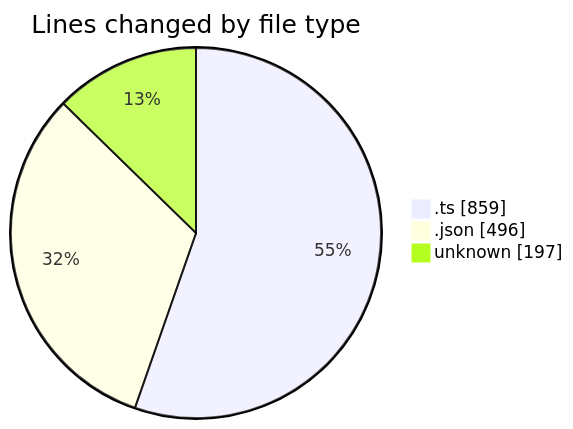
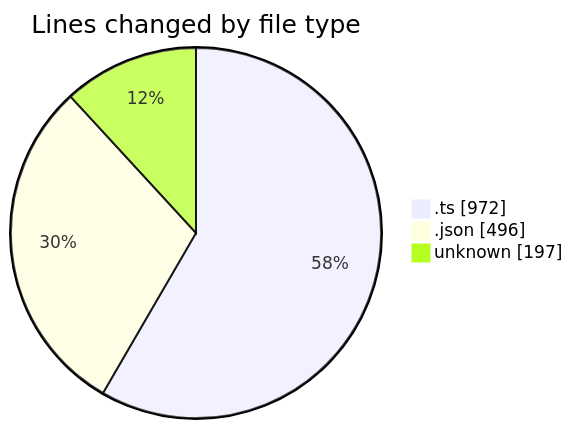
Before and after one commit to EIIisD/code-tracking: the first of 2 diagrams in 2025-08-24/chatgpt-extension/README.md, drawn with Mermaid. The commit also changed other lines of this file and 1 other file, not shown here.

````diff
--- a/2025-08-24/chatgpt-extension/README.md
+++ b/2025-08-24/chatgpt-extension/README.md
@@ -24,7 +24,7 @@
 ```mermaid
 pie showData
 title Lines changed by file type
-".ts" : 859
+".ts" : 972
 ".json" : 496
 "unknown" : 197
 ```
````
